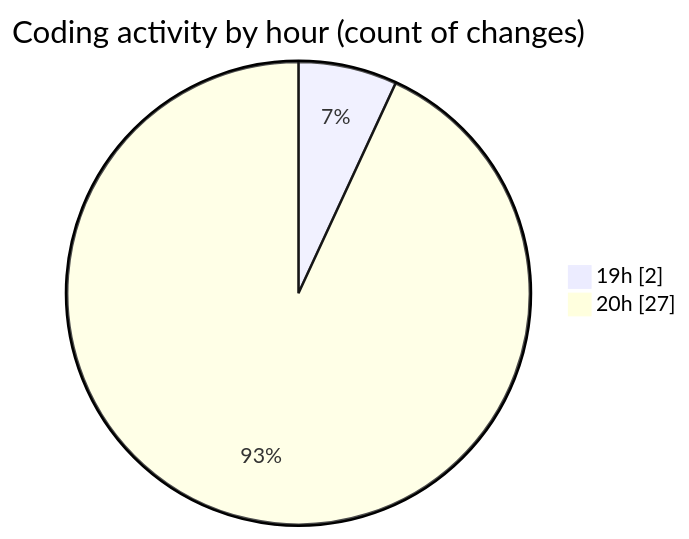
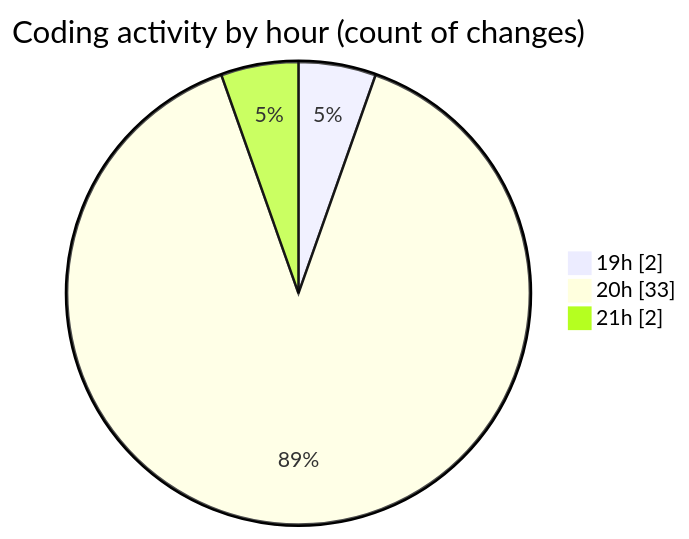
The second of 2 diagrams in 2024-12-29/my-code-activity-ext/README.md (ernivani/code-tracking), drawn with Mermaid before and after one commit. The commit also changed other lines of this file and 2 other files, not shown here.

````diff
--- a/2024-12-29/my-code-activity-ext/README.md
+++ b/2024-12-29/my-code-activity-ext/README.md
@@ -43,6 +45,7 @@
 ```mermaid
 pie showData
 title Coding activity by hour (count of changes)
 "19h" : 2
-"20h" : 27
+"20h" : 33
+"21h" : 2
 ```
````
